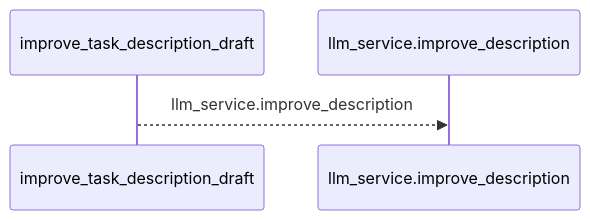
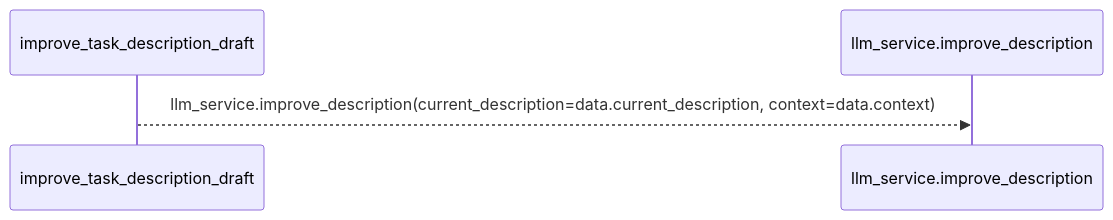
One commit to Denissvgn/WorkChord changed the first of 2 diagrams in docs/llm_wiki/flows/http-improve_task_description_draft.md. Above: the diagram before and after it, drawn with Mermaid. The commit also changed other lines of this file and 25171 other files, not shown here.

````diff
--- a/docs/llm_wiki/flows/http-improve_task_description_draft.md
+++ b/docs/llm_wiki/flows/http-improve_task_description_draft.md
@@ -10,6 +12,6 @@
 ```mermaid
 sequenceDiagram
     participant p0 as improve_task_description_draft
     participant p1 as llm_service.improve_description
-    p0-->>p1: llm_service.improve_description
+    p0-->>p1: llm_service.improve_description(current_description=data.current_description, context=data.context)
 ```
````
